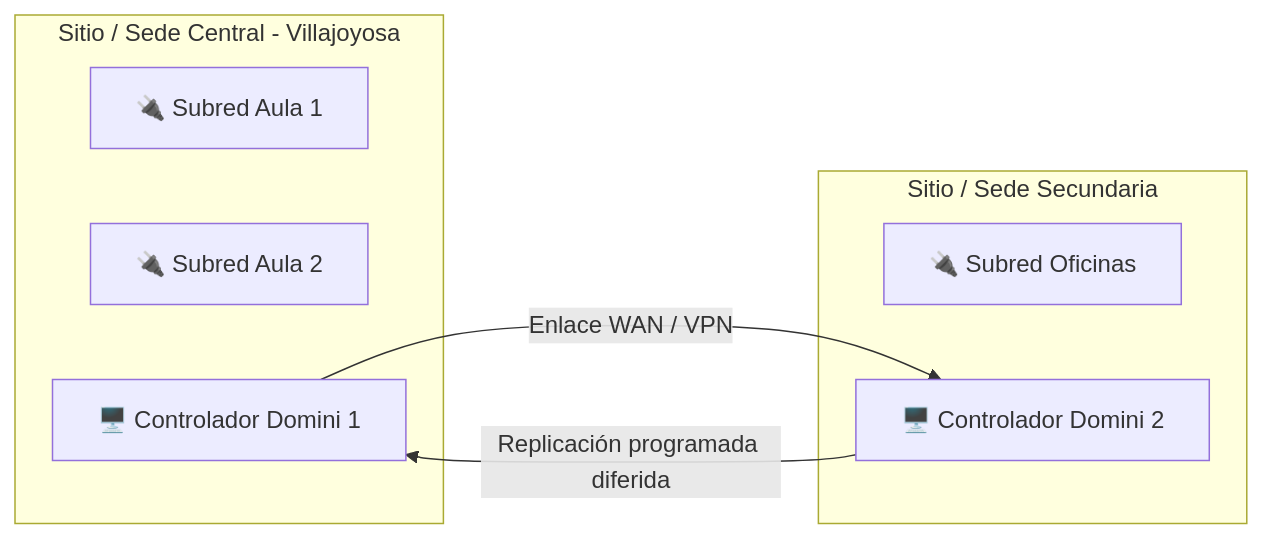
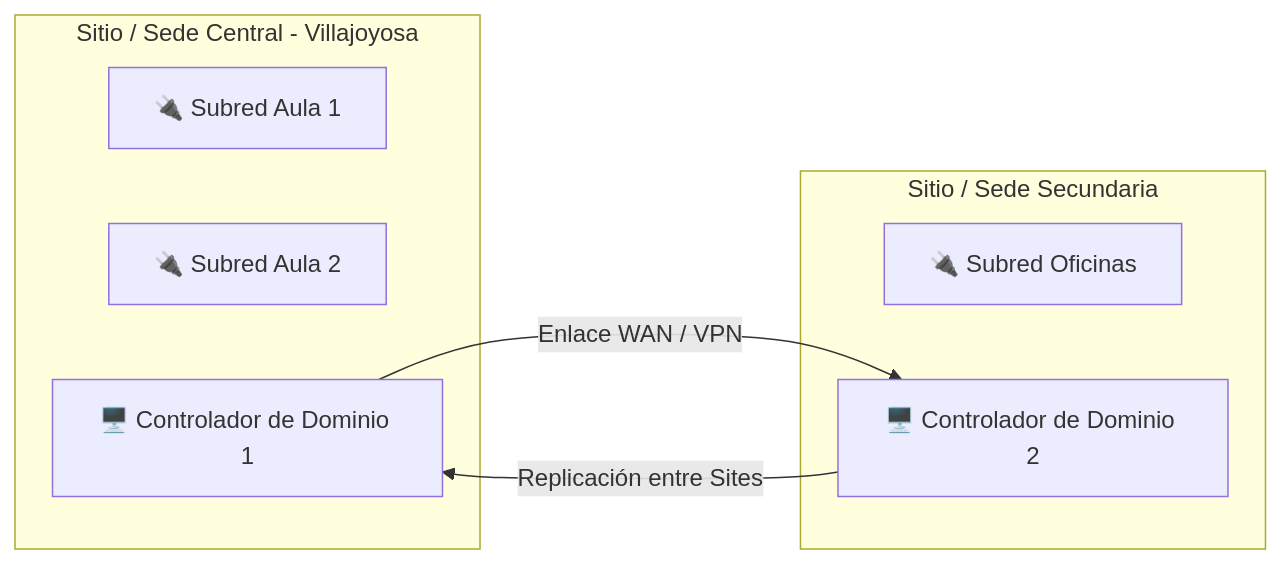
One commit to joseramonIESMZ/ASO changed the second of 3 diagrams in docs/apuntes/active-directory/fundamentos-ad-core.md. Above: the diagram before and after it, drawn with Mermaid. The commit also changed other lines of this file and 4 other files, not shown here.

````diff
--- a/docs/apuntes/active-directory/fundamentos-ad-core.md
+++ b/docs/apuntes/active-directory/fundamentos-ad-core.md
@@ -84,16 +220,16 @@
 ```mermaid
 graph LR
-    subgraph SÍTIO_1 [Sitio / Sede Central - Villajoyosa]
+    subgraph SITIO_1 [Sitio / Sede Central - Villajoyosa]
         SubredA[🔌 Subred Aula 1]
         SubredB[🔌 Subred Aula 2]
-        DC1[🖥️ Controlador Domini 1]
+        DC1[🖥️ Controlador de Dominio 1]
     end
 
     subgraph SITIO_2 [Sitio / Sede Secundaria]
         SubredC[🔌 Subred Oficinas]
-        DC2[🖥️ Controlador Domini 2]
+        DC2[🖥️ Controlador de Dominio 2]
     end
 
     DC1 -->|Enlace WAN / VPN| DC2
-    DC2 -->|Replicación programada diferida| DC1
+    DC2 -->|Replicación entre Sites| DC1
 ```
````
